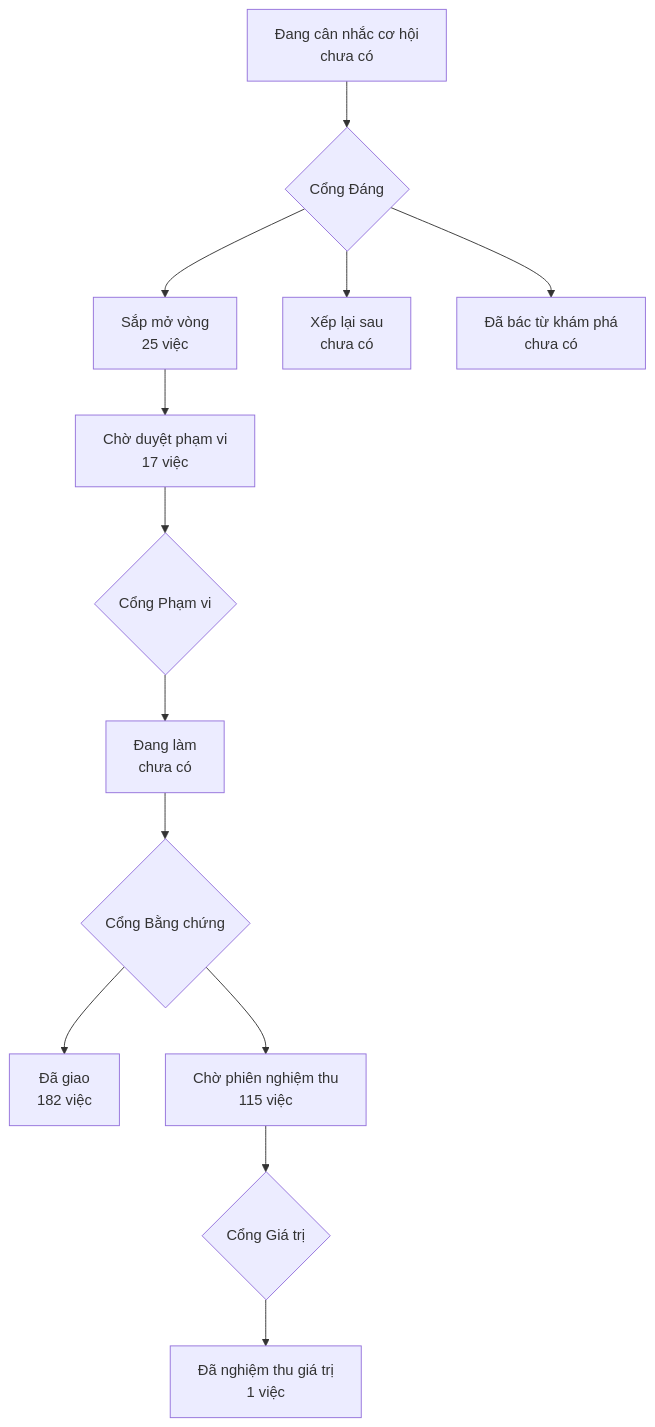
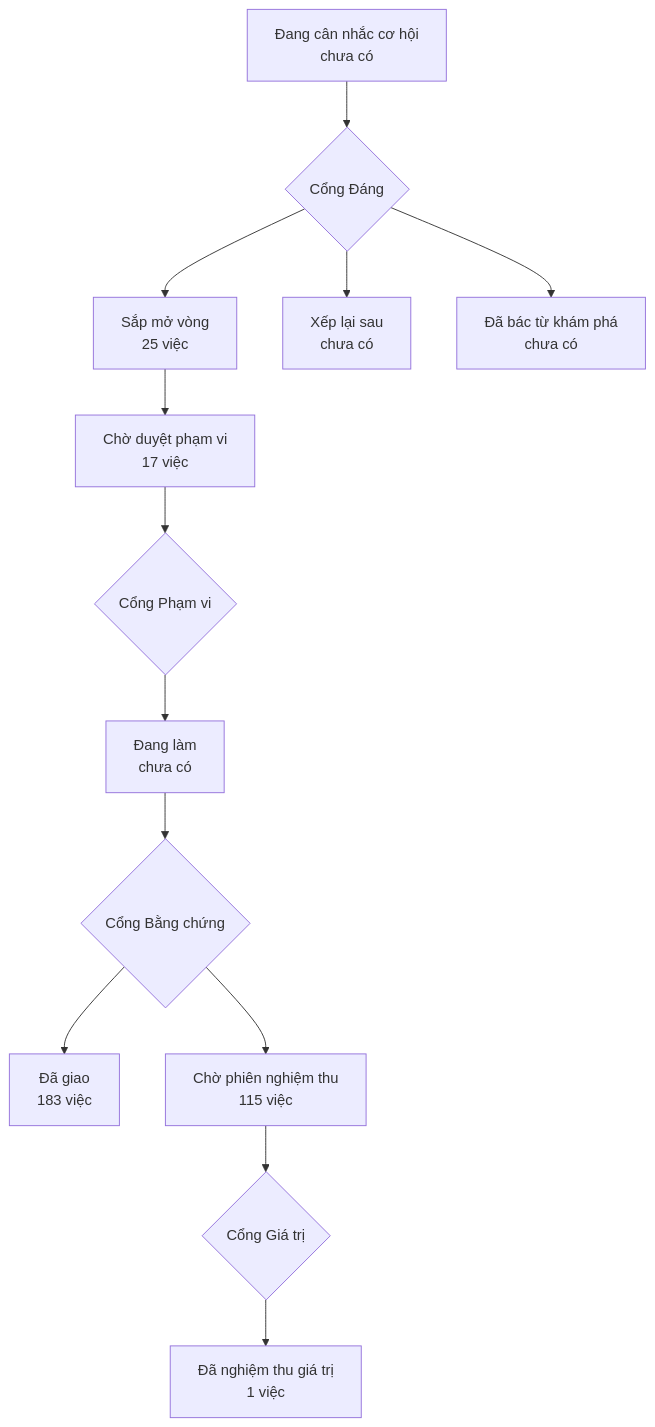
Before and after one commit to phanlemanh/onehub-invest: the diagram in PRODUCT-MAP.md, drawn with Mermaid. The commit also changed other lines of this file and 1 other file, not shown here.

Commit message:
docs: vẽ lại bản đồ sản phẩm sau gộp main (sao-luu-ma-hoa-b2)

````diff
--- a/PRODUCT-MAP.md
+++ b/PRODUCT-MAP.md
@@ -7,12 +7,12 @@
 ```mermaid
 flowchart TD
   A["Đang cân nhắc cơ hội<br/>chưa có"] --> GD{"Cổng Đáng"}
   GD --> B["Sắp mở vòng<br/>25 việc"]
   GD --> XL["Xếp lại sau<br/>chưa có"]
   GD --> DB["Đã bác từ khám phá<br/>chưa có"]
   B --> CD["Chờ duyệt phạm vi<br/>17 việc"] --> GP{"Cổng Phạm vi"}
   GP --> DL["Đang làm<br/>chưa có"] --> GB{"Cổng Bằng chứng"}
-  GB --> DG["Đã giao<br/>182 việc"]
+  GB --> DG["Đã giao<br/>183 việc"]
   GB --> CN["Chờ phiên nghiệm thu<br/>115 việc"] --> GG{"Cổng Giá trị"}
   GG --> NT["Đã nghiệm thu giá trị<br/>1 việc"]
 ```
````
